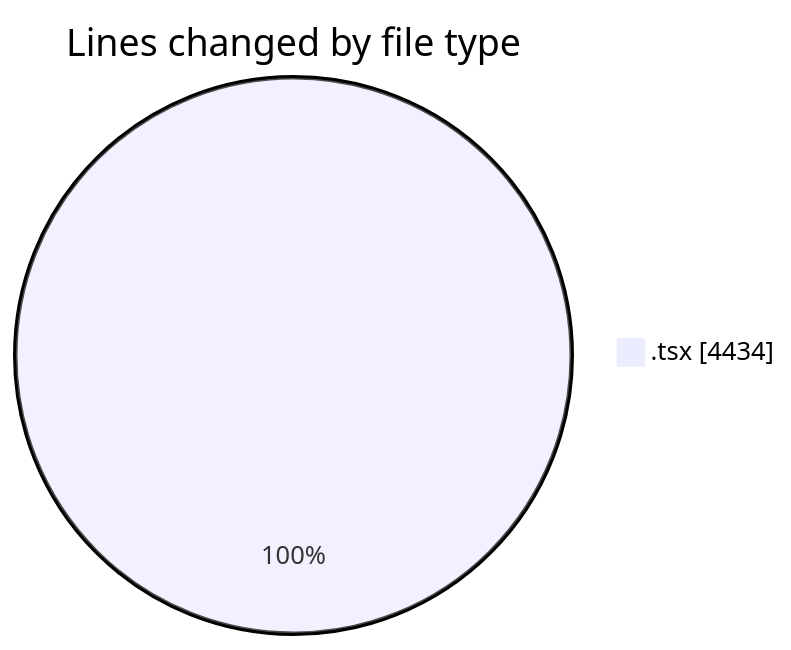
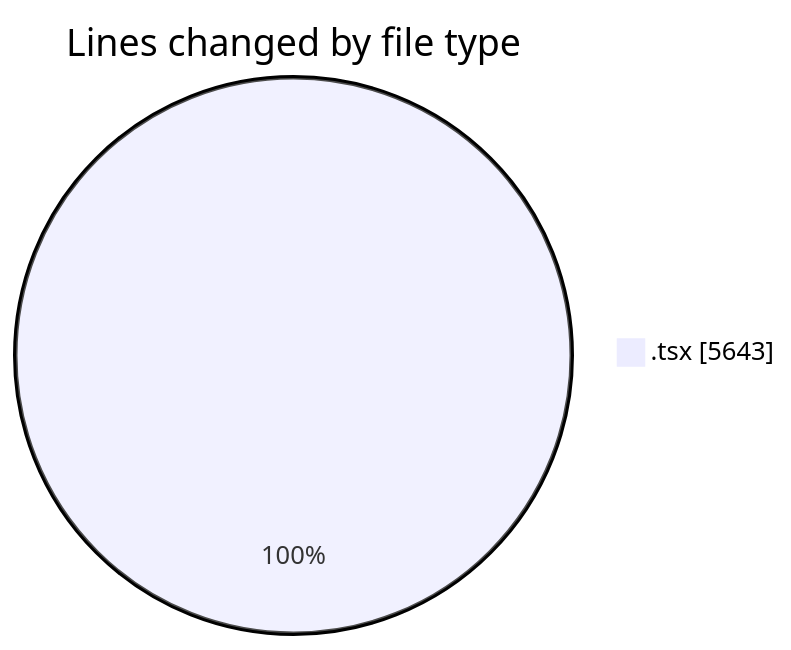
The first of 2 diagrams in 2026-04-01/nxtqube_webapp/README.md (nxtqubesakshisongat/code-tracking), drawn with Mermaid before and after one commit. The commit also changed other lines of this file and 1 other file, not shown here.

````diff
--- a/2026-04-01/nxtqube_webapp/README.md
+++ b/2026-04-01/nxtqube_webapp/README.md
@@ -22,5 +23,5 @@
 ```mermaid
 pie showData
 title Lines changed by file type
-".tsx" : 4434
+".tsx" : 5643
 ```
````
